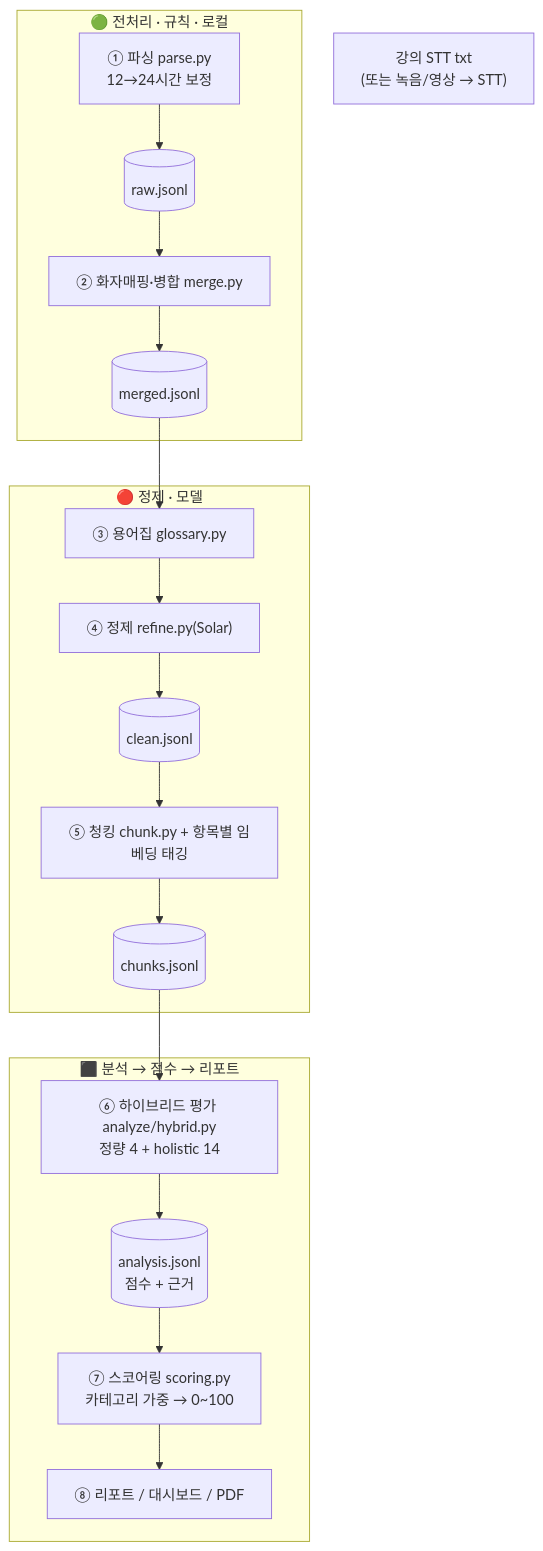
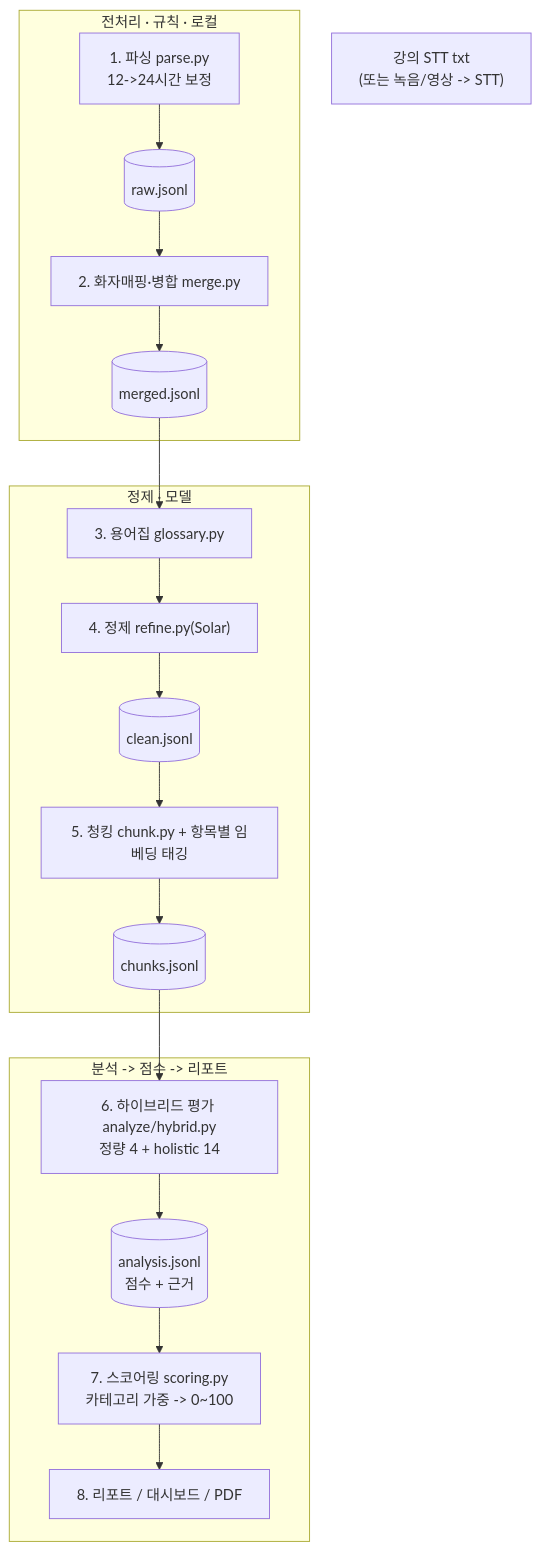
One commit to 2026-Lecture-Analyzer/lecture-report-core changed the diagram in README.md. Above: the diagram before and after it, drawn with Mermaid. The commit also changed other lines of this file and 9 other files, not shown here.

````diff
--- a/README.md
+++ b/README.md
@@ -62,16 +94,16 @@
 ```mermaid
 flowchart TD
-    IN["강의 STT txt<br/>(또는 녹음/영상 → STT)"]
-    subgraph PREP["🟢 전처리 · 규칙 · 로컬"]
-        S1["① 파싱 parse.py<br/>12→24시간 보정"] --> RAW[("raw.jsonl")]
-        RAW --> S2["② 화자매핑·병합 merge.py"] --> MERGED[("merged.jsonl")]
+    IN["강의 STT txt<br/>(또는 녹음/영상 -> STT)"]
+    subgraph PREP["전처리 · 규칙 · 로컬"]
+        S1["1. 파싱 parse.py<br/>12->24시간 보정"] --> RAW[("raw.jsonl")]
+        RAW --> S2["2. 화자매핑·병합 merge.py"] --> MERGED[("merged.jsonl")]
     end
-    subgraph REFINE["🔴 정제 · 모델"]
-        MERGED --> S3["③ 용어집 glossary.py"] --> S4["④ 정제 refine.py(Solar)"] --> CLEAN[("clean.jsonl")]
-        CLEAN --> S5["⑤ 청킹 chunk.py + 항목별 임베딩 태깅"] --> CHUNKS[("chunks.jsonl")]
+    subgraph REFINE["정제 · 모델"]
+        MERGED --> S3["3. 용어집 glossary.py"] --> S4["4. 정제 refine.py(Solar)"] --> CLEAN[("clean.jsonl")]
+        CLEAN --> S5["5. 청킹 chunk.py + 항목별 임베딩 태깅"] --> CHUNKS[("chunks.jsonl")]
     end
-    subgraph ANALYZE["⬛ 분석 → 점수 → 리포트"]
-        CHUNKS --> S6["⑥ 하이브리드 평가 analyze/hybrid.py<br/>정량 4 + holistic 14"] --> ANAL[("analysis.jsonl<br/>점수 + 근거")]
-        ANAL --> S7["⑦ 스코어링 scoring.py<br/>카테고리 가중 → 0~100"] --> S8["⑧ 리포트 / 대시보드 / PDF"]
+    subgraph ANALYZE["분석 -> 점수 -> 리포트"]
+        CHUNKS --> S6["6. 하이브리드 평가 analyze/hybrid.py<br/>정량 4 + holistic 14"] --> ANAL[("analysis.jsonl<br/>점수 + 근거")]
+        ANAL --> S7["7. 스코어링 scoring.py<br/>카테고리 가중 -> 0~100"] --> S8["8. 리포트 / 대시보드 / PDF"]
     end
 ```
````
